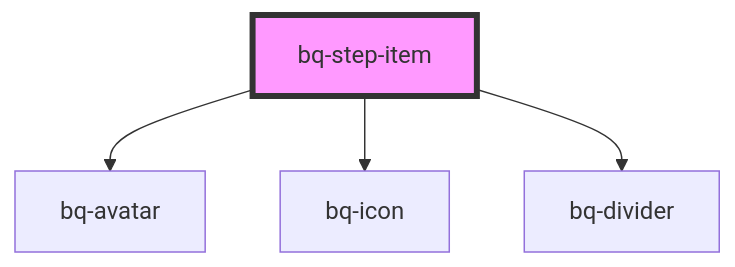
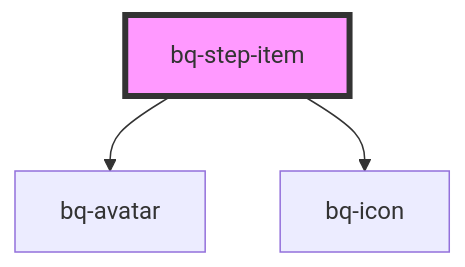
The diagram in packages/beeq/src/components/step-item/readme.md (Endava/BEEQ), drawn with Mermaid before and after one commit. The commit also changed other lines of this file and 4 other files, not shown here.

Commit message:
feat(step-item): add divider

````diff
--- a/packages/beeq/src/components/step-item/readme.md
+++ b/packages/beeq/src/components/step-item/readme.md
@@ -45,7 +44,6 @@
 ```mermaid
 graph TD;
   bq-step-item --> bq-avatar
   bq-step-item --> bq-icon
-  bq-step-item --> bq-divider
   style bq-step-item fill:#f9f,stroke:#333,stroke-width:4px
 ```
````
